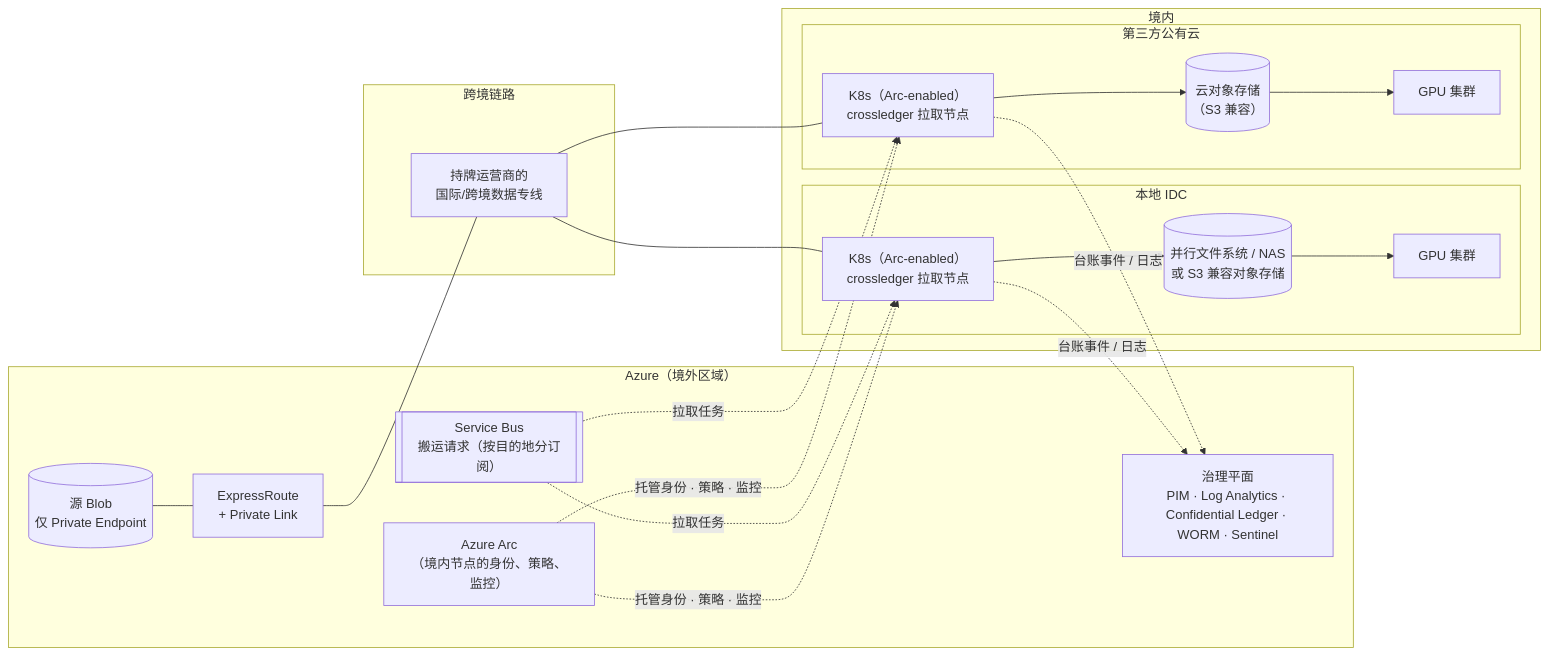
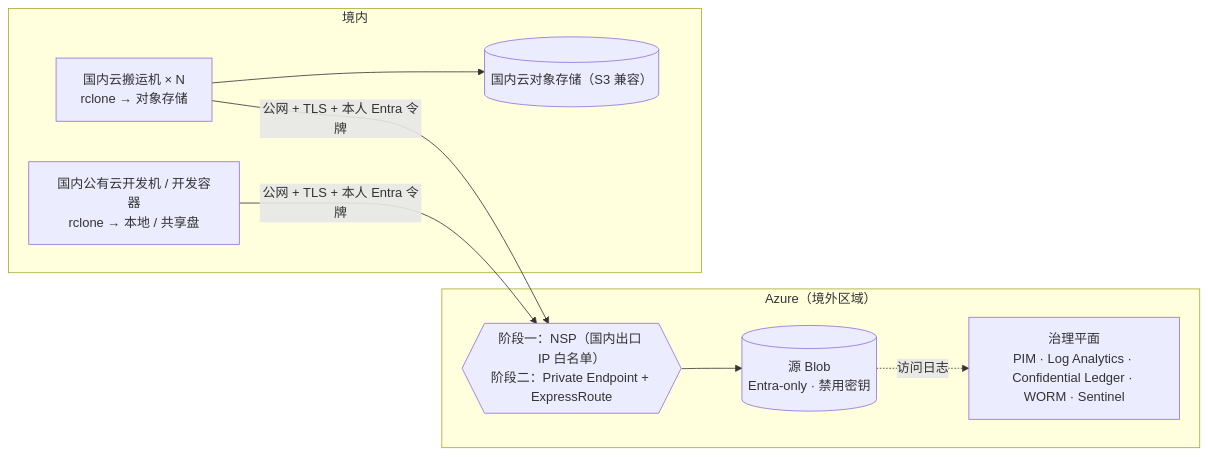
Before and after one commit to wukong121/cross-ledger: the diagram in docs/production.md, drawn with Mermaid. The commit also changed other lines of this file and 73 other files, not shown here.

````diff
--- a/docs/production.md
+++ b/docs/production.md
@@ -11,31 +9,16 @@
 ```mermaid
 flowchart LR
   subgraph AZ["Azure（境外区域）"]
-    SRC[("源 Blob<br/>仅 Private Endpoint")]
-    SB[["Service Bus<br/>搬运请求（按目的地分订阅）"]]
+    SRC[("源 Blob<br/>Entra-only · 禁用密钥")]
+    NSP{{"阶段一：NSP（国内出口 IP 白名单）<br/>阶段二：Private Endpoint + ExpressRoute"}}
     GOV["治理平面<br/>PIM · Log Analytics · Confidential Ledger · WORM · Sentinel"]
-    ARC["Azure Arc<br/>（境内节点的身份、策略、监控）"]
-    ER1["ExpressRoute<br/>+ Private Link"]
-  end
-  subgraph LINE["跨境链路"]
-    IPLC["持牌运营商的<br/>国际/跨境数据专线"]
   end
   subgraph CN["境内"]
-    subgraph IDC["本地 IDC"]
-      K1["K8s（Arc-enabled）<br/>crossledger 拉取节点"]
-      FS[("并行文件系统 / NAS<br/>或 S3 兼容对象存储")]
-      G1["GPU 集群"]
-    end
-    subgraph TPC["第三方公有云"]
-      K2["K8s（Arc-enabled）<br/>crossledger 拉取节点"]
-      OBJ[("云对象存储<br/>（S3 兼容）")]
-      G2["GPU 集群"]
-    end
+    DEV["国内公有云开发机 / 开发容器<br/>rclone → 本地 / 共享盘"]
+    MOV["国内云搬运机 × N<br/>rclone → 对象存储"]
+    OBJ[("国内云对象存储（S3 兼容）")]
   end
-  SRC --- ER1 --- IPLC
-  IPLC --- K1 --> FS --> G1
-  IPLC --- K2 --> OBJ --> G2
-  SB -. "拉取任务" .-> K1 & K2
-  K1 & K2 -. "台账事件 / 日志" .-> GOV
-  ARC -. "托管身份 · 策略 · 监控" .-> K1 & K2
+  DEV & MOV -- "公网 + TLS + 本人 Entra 令牌" --> NSP --> SRC
+  MOV --> OBJ
+  SRC -. "访问日志" .-> GOV
 ```
````
